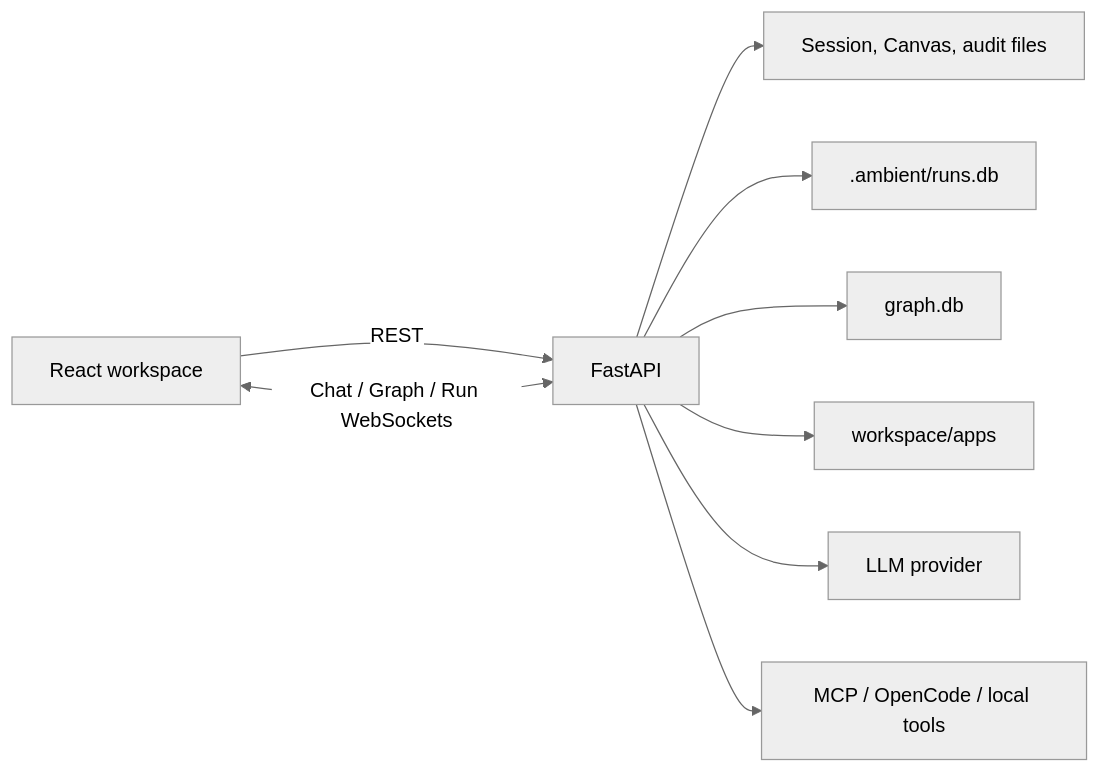
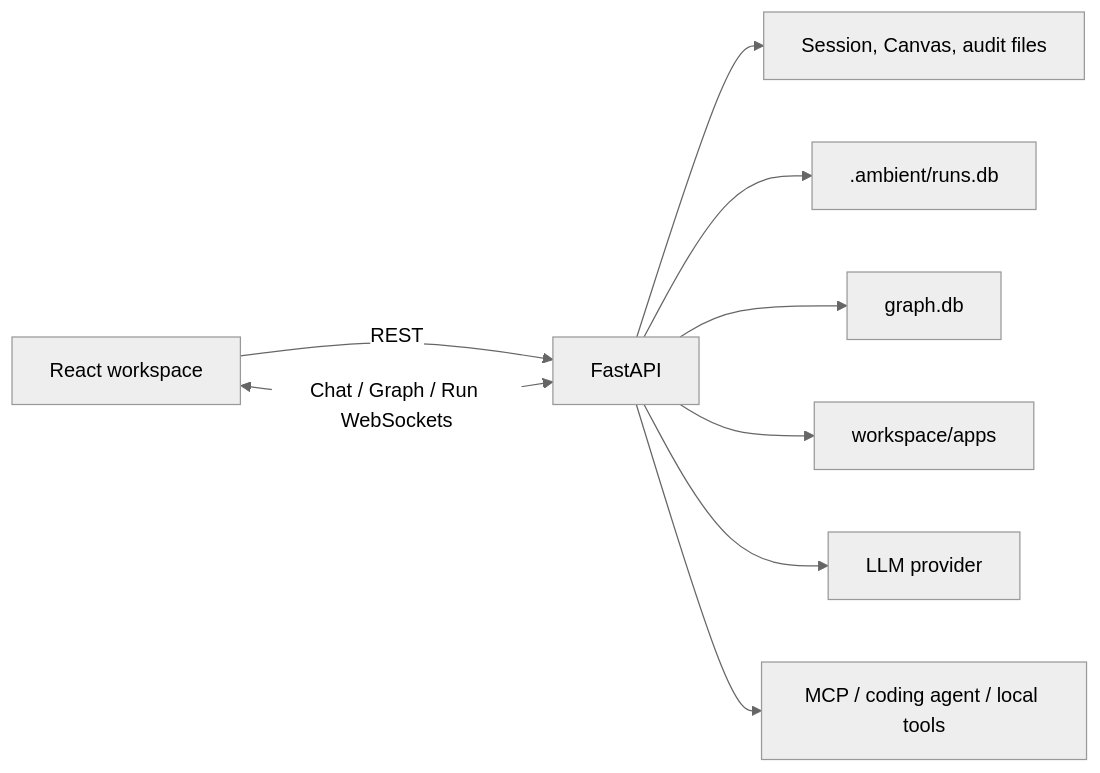
One commit to BillShiyaoZhang/ambient-agent changed the diagram in docs/en/architecture/overview.md. Above: the diagram before and after it, drawn with Mermaid (neutral theme). The commit also changed other lines of this file and 25 other files, not shown here.

Commit message:
Add configurable Codex host bridge coding agent

````diff
--- a/docs/en/architecture/overview.md
+++ b/docs/en/architecture/overview.md
@@ -5,11 +5,11 @@
 ```mermaid
 flowchart LR
     Browser[React workspace] -->|REST| API[FastAPI]
     Browser <-->|Chat / Graph / Run WebSockets| API
     API --> Workspace[Session, Canvas, audit files]
     API --> RunStore[.ambient/runs.db]
     API --> Graph[graph.db]
     API --> Apps[workspace/apps]
     API --> LLM[LLM provider]
-    API --> External[MCP / OpenCode / local tools]
+    API --> External[MCP / coding agent / local tools]
 ```
````
